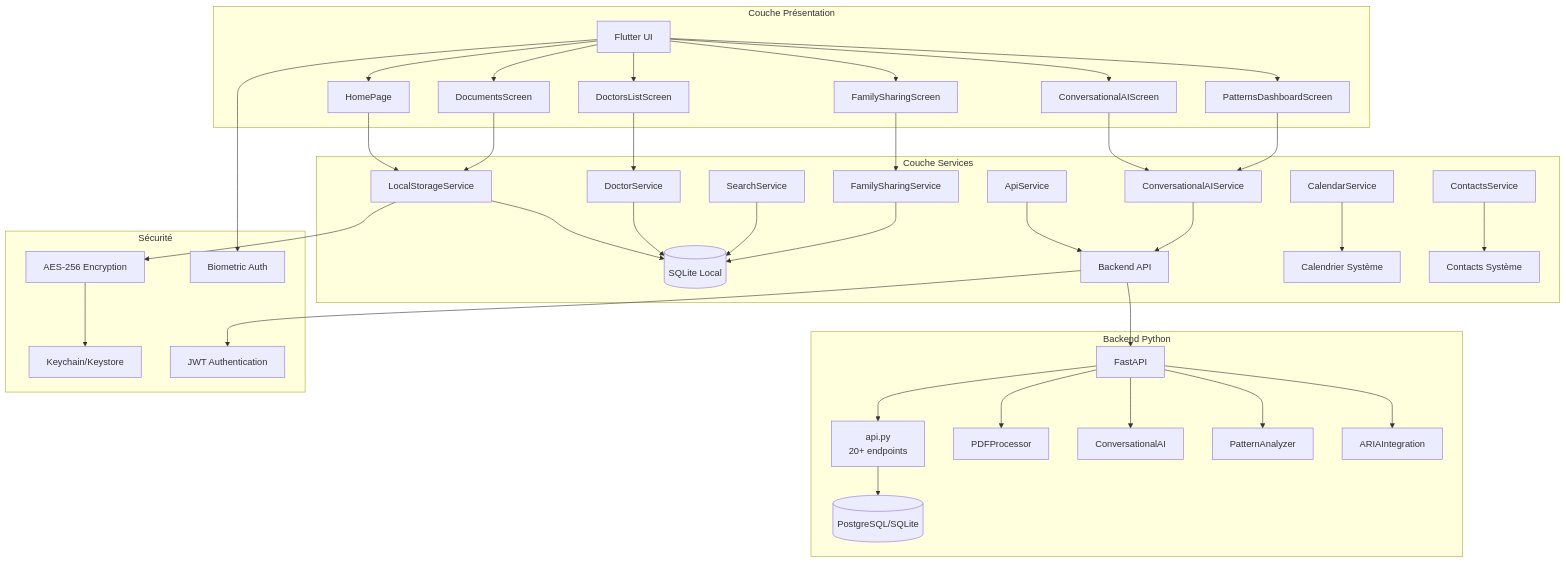
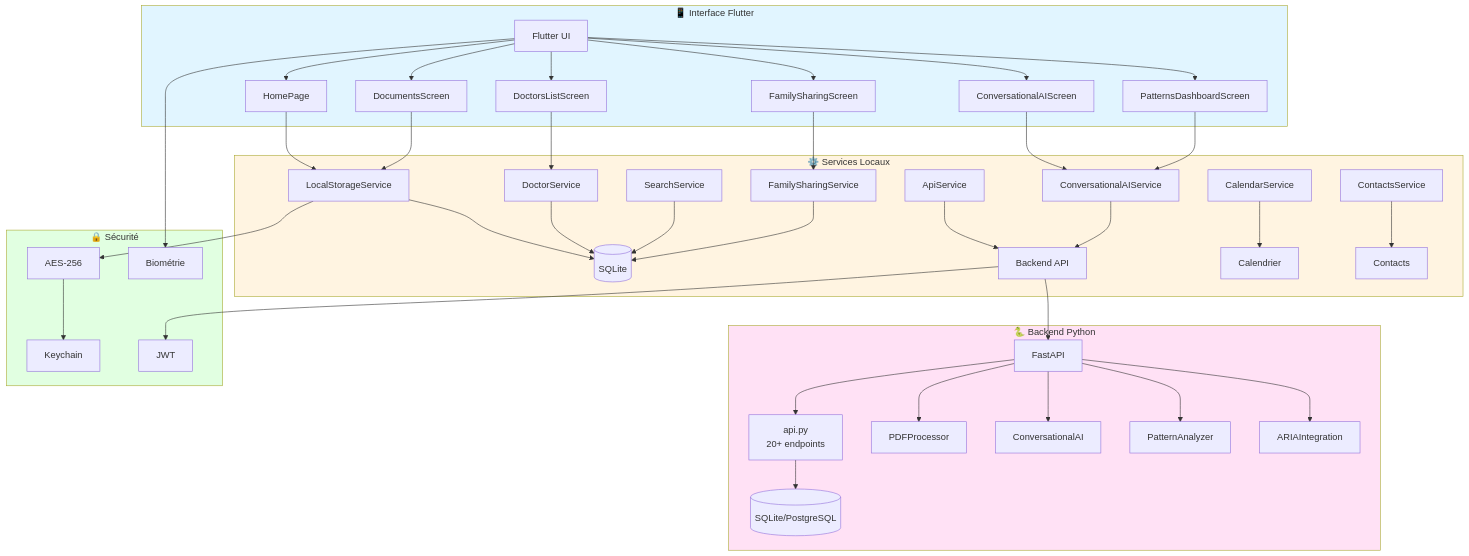
The first of 9 diagrams in docs/ARCHITECTURE.md (arkalia-luna-system/arkalia-cia), drawn with Mermaid before and after one commit. The commit also changed other lines of this file and 6 other files, not shown here.

Commit message:
Docs: Amélioration MD - Allègement, bannières, schémas Mermaid améliorés

````diff
--- a/docs/ARCHITECTURE.md
+++ b/docs/ARCHITECTURE.md
@@ -27,51 +27,56 @@
 ```mermaid
 graph TB
-    subgraph "Couche Présentation"
+    subgraph UI["📱 Interface Flutter"]
         A[Flutter UI] --> B[HomePage]
         A --> C[DocumentsScreen]
         A --> D[DoctorsListScreen]
         A --> E[ConversationalAIScreen]
         A --> F[PatternsDashboardScreen]
         A --> G[FamilySharingScreen]
     end
 
-    subgraph "Couche Services"
-        H[LocalStorageService] --> I[(SQLite Local)]
+    subgraph Services["⚙️ Services Locaux"]
+        H[LocalStorageService] --> I[(SQLite)]
         J[ApiService] --> K[Backend API]
         L[DoctorService] --> I
         M[SearchService] --> I
         N[ConversationalAIService] --> K
         O[FamilySharingService] --> I
-        P[CalendarService] --> Q[Calendrier Système]
-        R[ContactsService] --> S[Contacts Système]
+        P[CalendarService] --> Q[Calendrier]
+        R[ContactsService] --> S[Contacts]
     end
 
-    subgraph "Backend Python"
+    subgraph Backend["🐍 Backend Python"]
         K --> T[FastAPI]
-        T --> U[api.py<br/>20+ endpoints]
+        T --> U["api.py<br/>20+ endpoints"]
         T --> V[PDFProcessor]
         T --> W[ConversationalAI]
         T --> X[PatternAnalyzer]
         T --> Y[ARIAIntegration]
-        U --> Z[(PostgreSQL/SQLite)]
+        U --> Z[(SQLite/PostgreSQL)]
     end
 
-    subgraph "Sécurité"
-        AA[AES-256 Encryption]
-        AB[Keychain/Keystore]
-        AC[JWT Authentication]
-        AD[Biometric Auth]
+    subgraph Security["🔒 Sécurité"]
+        AA[AES-256]
+        AB[Keychain]
+        AC[JWT]
+        AD[Biométrie]
     end
 
     B --> H
     C --> H
     D --> L
     E --> N
     F --> N
     G --> O
 
     H --> AA
     AA --> AB
     K --> AC
     A --> AD
+
+    style UI fill:#e1f5ff
+    style Services fill:#fff4e1
+    style Backend fill:#ffe1f5
+    style Security fill:#e1ffe1
 ```
````
